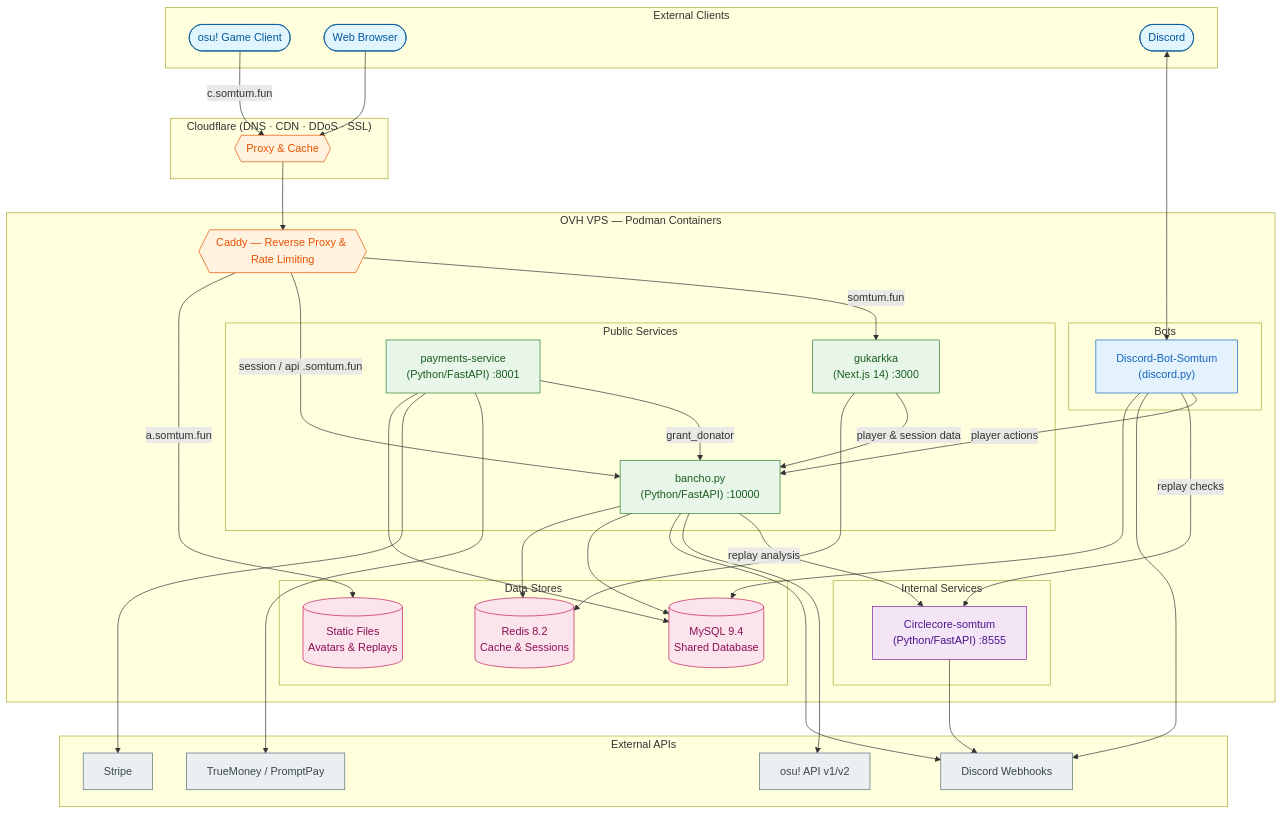
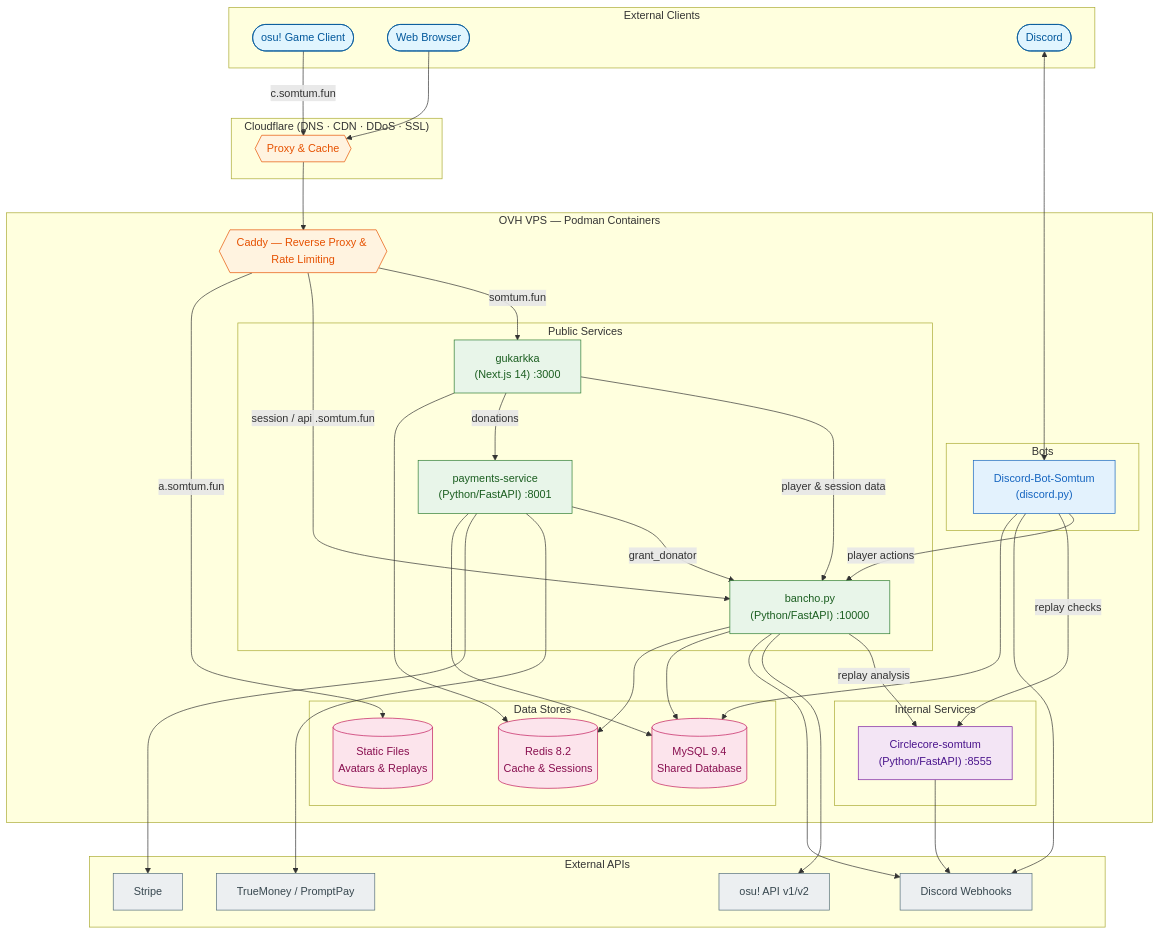
The diagram in profile/README.md (osu-somtum/.github), drawn with Mermaid before and after one commit. The commit also changed other lines of this file, not shown here.

Commit message:
Add gukarkka → payments-service link to architecture docs

```diff
--- a/profile/README.md
+++ b/profile/README.md
@@ -65,6 +65,7 @@
 
     %% Inter-service HTTP
     gukarkka -->|"player & session data"| bancho
+    gukarkka -->|"donations"| payments
     bancho -->|"replay analysis"| circlecore
     payments -->|"grant_donator"| bancho
     bot -->|"player actions"| bancho
```
